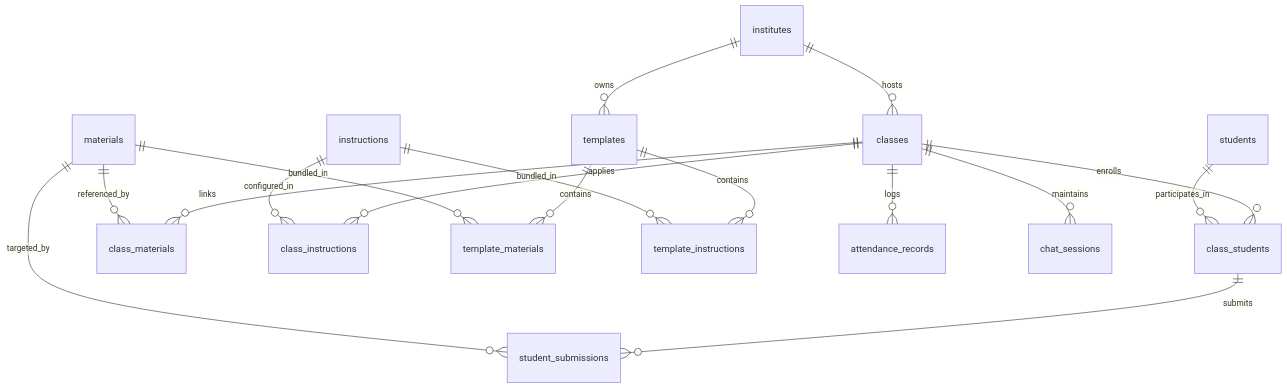
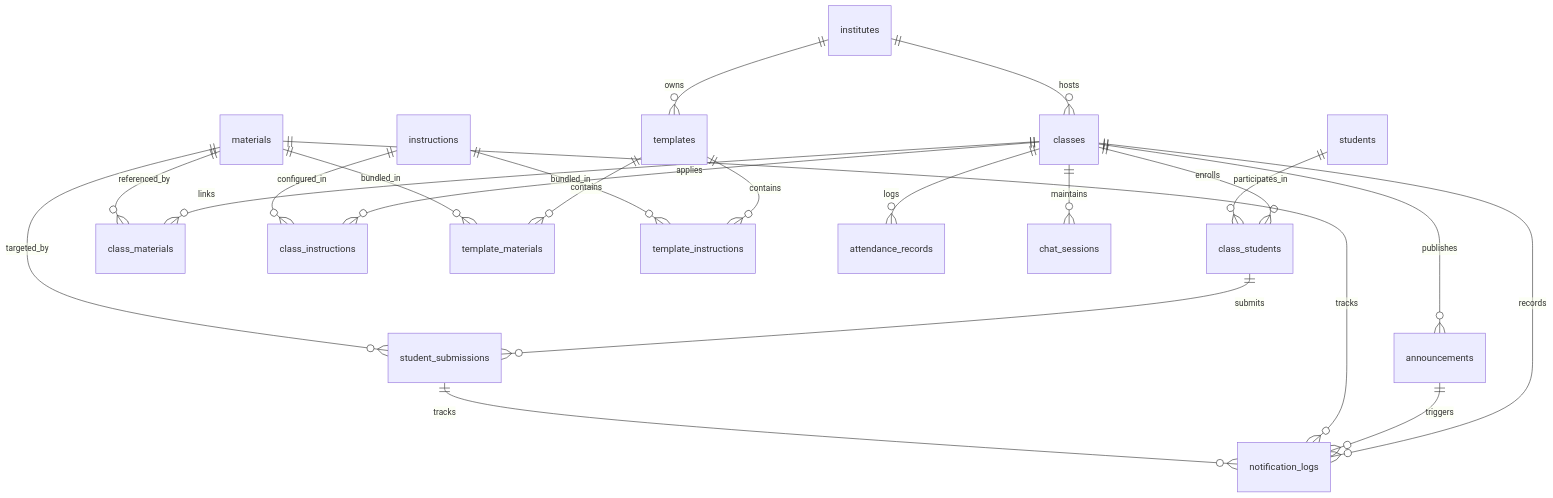
Before and after one commit to VictorBravo9er/Teacher-Assistant-Workspace: the second of 4 diagrams in systems/database_and_storage.md, drawn with Mermaid. The commit also changed other lines of this file and 25 other files, not shown here.

````diff
--- a/systems/database_and_storage.md
+++ b/systems/database_and_storage.md
@@ -74,19 +74,24 @@
 ```mermaid
 erDiagram
     institutes ||--o{ classes : "hosts"
     institutes ||--o{ templates : "owns"
     classes ||--o{ class_students : "enrolls"
     students ||--o{ class_students : "participates_in"
     classes ||--o{ class_materials : "links"
     materials ||--o{ class_materials : "referenced_by"
     classes ||--o{ class_instructions : "applies"
     instructions ||--o{ class_instructions : "configured_in"
     templates ||--o{ template_materials : "contains"
     materials ||--o{ template_materials : "bundled_in"
     templates ||--o{ template_instructions : "contains"
     instructions ||--o{ template_instructions : "bundled_in"
     class_students ||--o{ student_submissions : "submits"
     materials ||--o{ student_submissions : "targeted_by"
     classes ||--o{ attendance_records : "logs"
     classes ||--o{ chat_sessions : "maintains"
+    classes ||--o{ announcements : "publishes"
+    classes ||--o{ notification_logs : "records"
+    announcements ||--o{ notification_logs : "triggers"
+    materials ||--o{ notification_logs : "tracks"
+    student_submissions ||--o{ notification_logs : "tracks"
 ```
````
